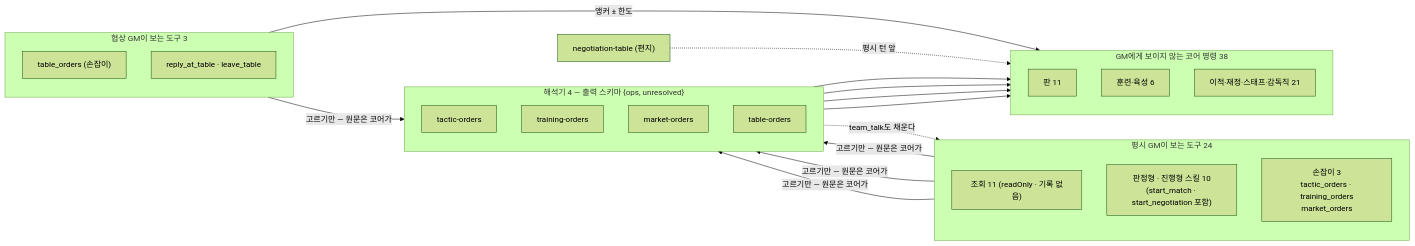
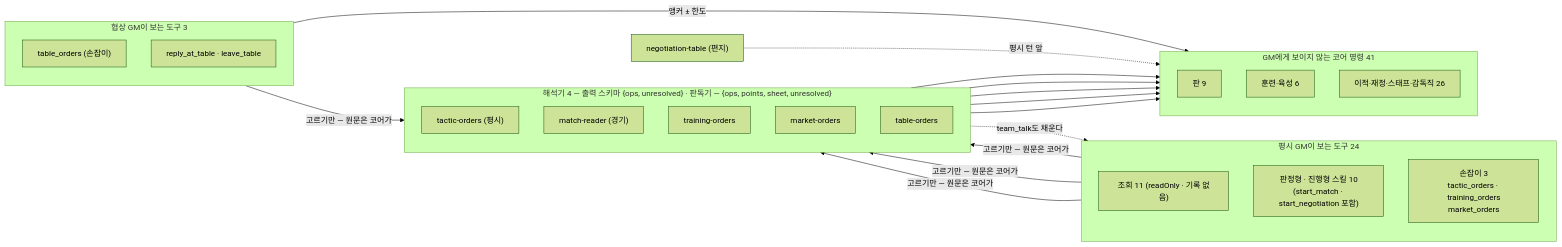
One commit to dhoonjang/story-fm changed the sixth of 11 diagrams in docs/llm/pipeline.md. Above: the diagram before and after it, drawn with Mermaid (forest theme). The commit also changed other lines of this file and 73 other files, not shown here.

First line of the commit message:
feat(match): 경기를 코어 로직과 전술 포인트·시트의 두 층으로 가르고, 판독기 하나가 위층을 쓴다

````diff
--- a/docs/llm/pipeline.md
+++ b/docs/llm/pipeline.md
@@ -217,35 +217,37 @@
 ```mermaid
 flowchart LR
   subgraph GMTOOLS["평시 GM이 보는 도구 24"]
     direction TB
     RO["조회 11 (readOnly · 기록 없음)"]
     SK["판정형 · 진행형 스킬 10<br/>(start_match · start_negotiation 포함)"]
     HD["손잡이 3<br/>tactic_orders · training_orders<br/>market_orders"]
   end
   subgraph NEGTOOLS["협상 GM이 보는 도구 3"]
     direction TB
     NH["table_orders (손잡이)"]
     NR["reply_at_table · leave_table"]
   end
-  subgraph INTERP["해석기 4 — 출력 스키마 {ops, unresolved}"]
+  subgraph INTERP["해석기 4 — 출력 스키마 {ops, unresolved} · 판독기 — {ops, points, sheet, unresolved}"]
     direction TB
-    TO["tactic-orders"]
+    TO["tactic-orders (평시)"]
+    MR["match-reader (경기)"]
     TRO["training-orders"]
     MO["market-orders"]
     TBO["table-orders"]
   end
-  subgraph CMD["GM에게 보이지 않는 코어 명령 38"]
+  subgraph CMD["GM에게 보이지 않는 코어 명령 41"]
     direction TB
-    C1["판 11"]
+    C1["판 9"]
     C2["훈련·육성 6"]
-    C3["이적·재정·스태프·감독직 21"]
+    C3["이적·재정·스태프·감독직 26"]
   end
   NT["negotiation-table (편지)"]
   HD -->|"고르기만 — 원문은 코어가"| TO --> C1
+  MR --> C1
   HD -->|"고르기만 — 원문은 코어가"| TRO --> C2
   HD -->|"고르기만 — 원문은 코어가"| MO --> C3
   NH -->|"고르기만 — 원문은 코어가"| TBO --> C3
   NR -->|"앵커 ± 한도"| C3
   NT -.->|"평시 턴 앞"| C3
   TO -.->|"team_talk도 채운다"| SK
 ```
````
